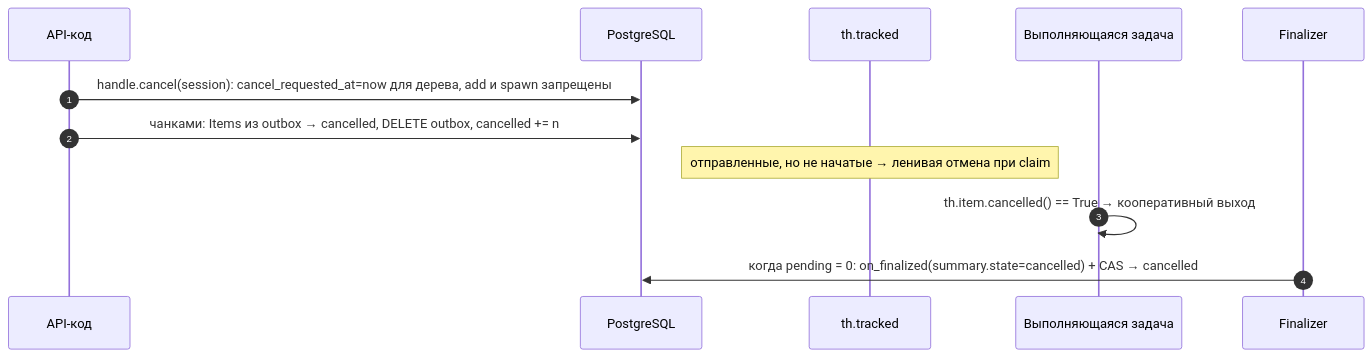
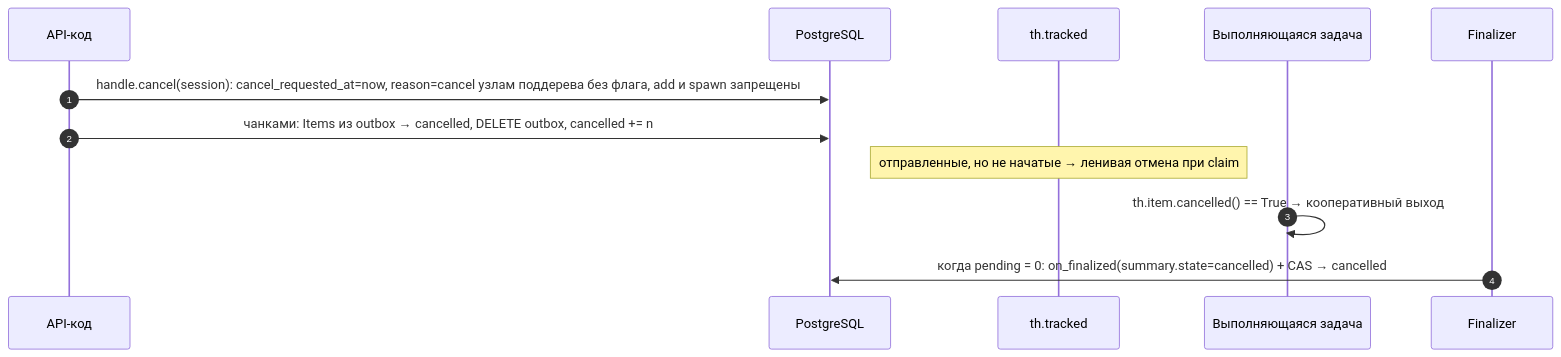
Before and after one commit to 0cherednoq/Tallyho: diagram 24 of 40 in docs/ARCHITECTURE.md, drawn with Mermaid. The commit also changed other lines of this file, not shown here.

First line of the commit message:
Fix-15: ARCHITECTURE §6.1 — первая причина отмены выигрывает

````diff
--- a/docs/ARCHITECTURE.md
+++ b/docs/ARCHITECTURE.md
@@ -1219,15 +1221,15 @@
 ```mermaid
 sequenceDiagram
     autonumber
     participant O as API-код
     participant DB as PostgreSQL
     participant MW as th.tracked
     participant T as Выполняющаяся задача
     participant F as Finalizer
 
-    O->>DB: handle.cancel(session): cancel_requested_at=now для дерева, add и spawn запрещены
+    O->>DB: handle.cancel(session): cancel_requested_at=now, reason=cancel узлам поддерева без флага, add и spawn запрещены
     O->>DB: чанками: Items из outbox → cancelled, DELETE outbox, cancelled += n
     Note over MW: отправленные, но не начатые → ленивая отмена при claim
     T->>T: th.item.cancelled() == True → кооперативный выход
     F->>DB: когда pending = 0: on_finalized(summary.state=cancelled) + CAS → cancelled
 ```
````
